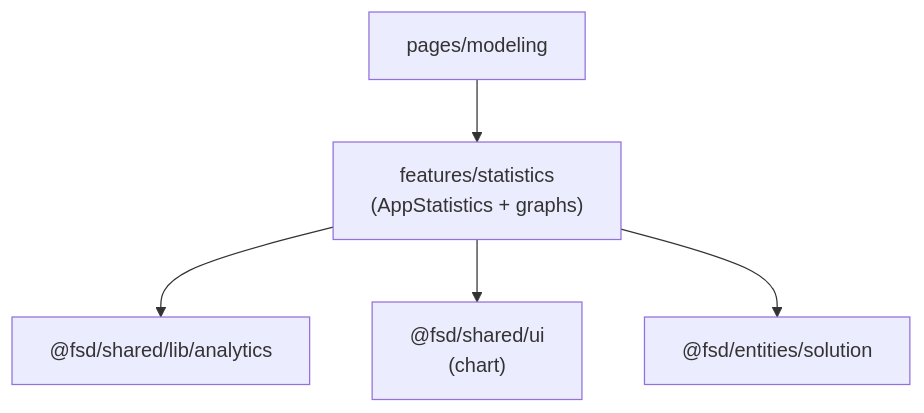
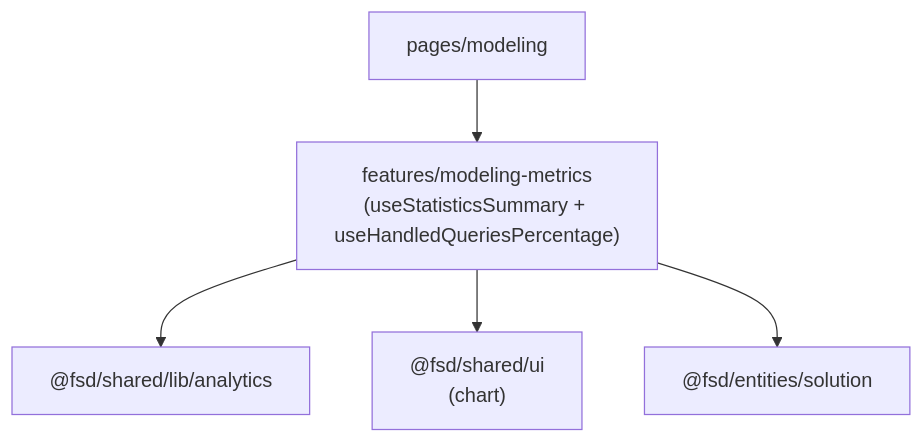
The seventh of 9 diagrams in docs/architecture/frontend-fsd-architecture.md (QOLQA/DBCapibara-next), drawn with Mermaid before and after one commit. The commit also changed other lines of this file and 9 other files, not shown here.

Commit message:
refactor(fsd): rename statistics feature to modeling-metrics

````diff
--- a/docs/architecture/frontend-fsd-architecture.md
+++ b/docs/architecture/frontend-fsd-architecture.md
@@ -224,7 +224,7 @@
 ```mermaid
 flowchart TB
-  pageCanva["pages/modeling"] --> featStatistics["features/statistics\n(AppStatistics + graphs)"]
-  featStatistics --> sharedLibAnalytics["@fsd/shared/lib/analytics"]
-  featStatistics --> sharedUi["@fsd/shared/ui\n(chart)"]
-  featStatistics --> entSolution["@fsd/entities/solution"]
+  pageCanva["pages/modeling"] --> featModelingMetrics["features/modeling-metrics\n(useStatisticsSummary + useHandledQueriesPercentage)"]
+  featModelingMetrics --> sharedLibAnalytics["@fsd/shared/lib/analytics"]
+  featModelingMetrics --> sharedUi["@fsd/shared/ui\n(chart)"]
+  featModelingMetrics --> entSolution["@fsd/entities/solution"]
 ```
````
